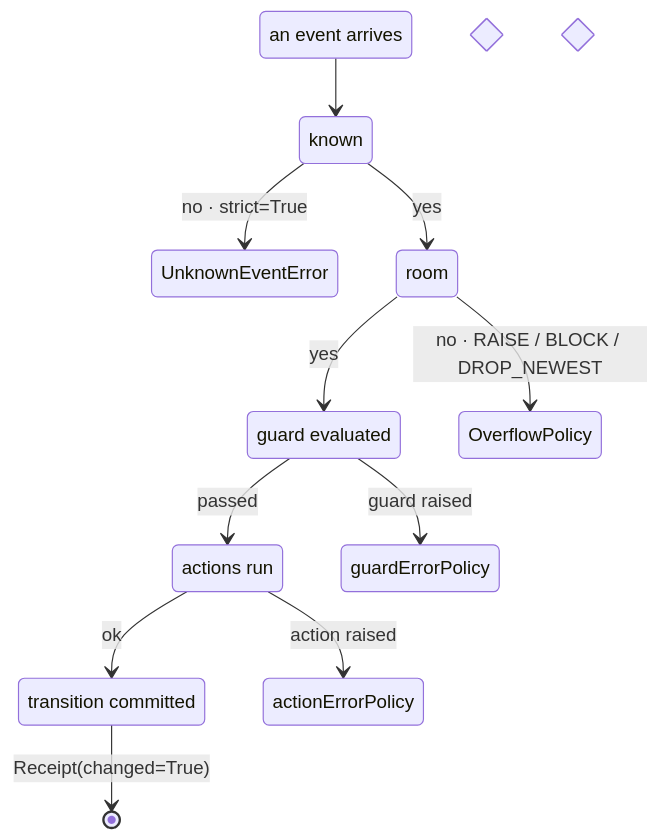
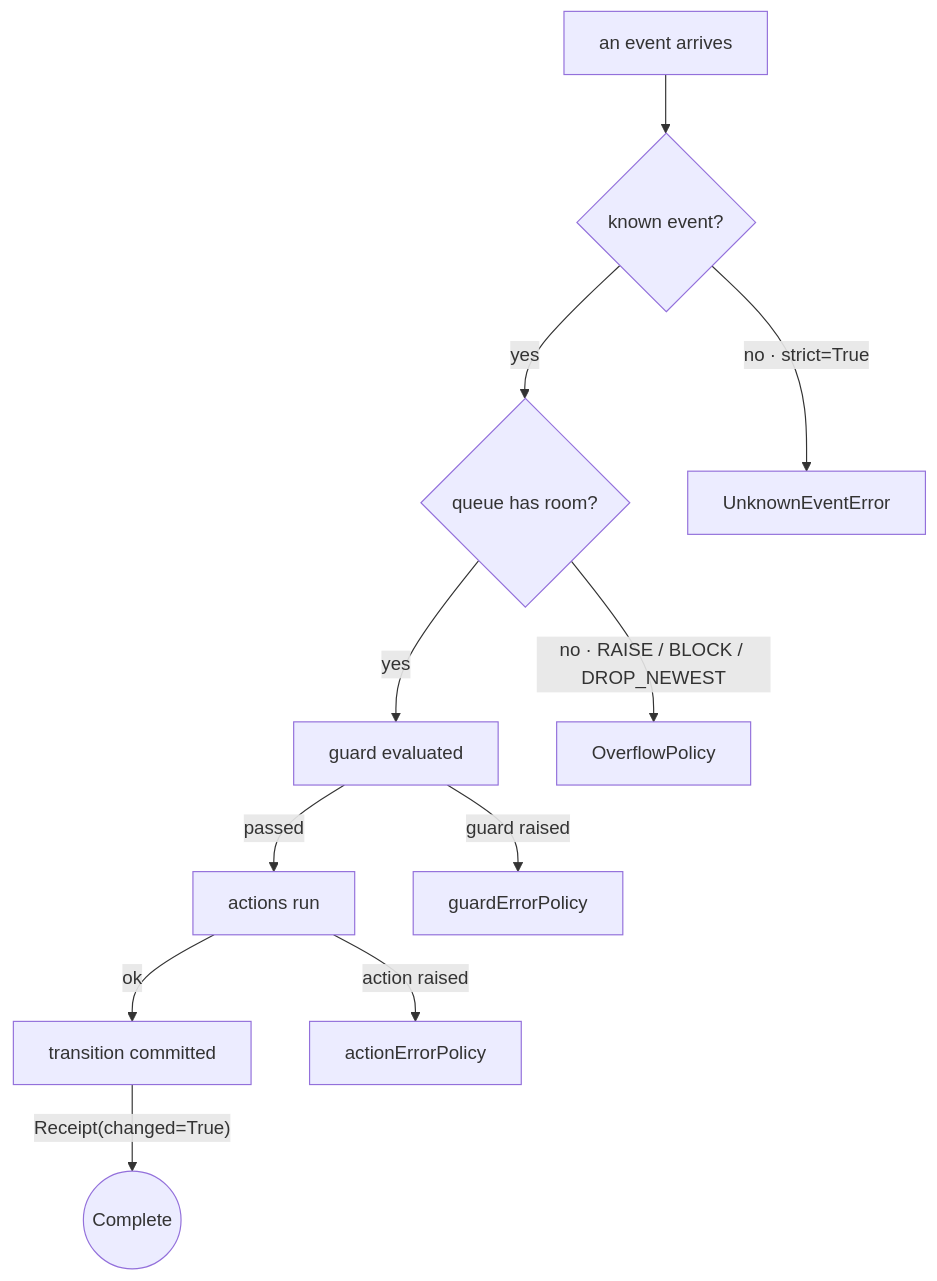
Before and after one commit to basiltt/xstate-statemachine: the diagram in docs/_guide/reliability.md, drawn with Mermaid. The commit also changed 4 other files, not shown here.

Commit message:
docs: fix labeled decision diagrams before release

````diff
--- a/docs/_guide/reliability.md
+++ b/docs/_guide/reliability.md
@@ -8,24 +8,24 @@
 ```mermaid
-stateDiagram-v2
-    direction TB
-    state "an event arrives" as ev
-    state "known event?" as known <<choice>>
-    state "queue has room?" as room <<choice>>
-    state "guard evaluated" as guard
-    state "actions run" as act
-    state "transition committed" as done
-    state "UnknownEventError" as unk
-    state "OverflowPolicy" as ovf
-    state "guardErrorPolicy" as gep
-    state "actionErrorPolicy" as aep
+flowchart TB
+    ev["an event arrives"]
+    known{"known event?"}
+    room{"queue has room?"}
+    guard["guard evaluated"]
+    act["actions run"]
+    done["transition committed"]
+    unk["UnknownEventError"]
+    ovf["OverflowPolicy"]
+    gep["guardErrorPolicy"]
+    aep["actionErrorPolicy"]
+    finish((Complete))
     ev --> known
-    known --> unk : no · strict=True
-    known --> room : yes
-    room --> ovf : no · RAISE / BLOCK / DROP_NEWEST
-    room --> guard : yes
-    guard --> gep : guard raised
-    guard --> act : passed
-    act --> aep : action raised
-    act --> done : ok
-    done --> [*] : Receipt(changed=True)
+    known -->|"no · strict=True"| unk
+    known -->|"yes"| room
+    room -->|"no · RAISE / BLOCK / DROP_NEWEST"| ovf
+    room -->|"yes"| guard
+    guard -->|"guard raised"| gep
+    guard -->|"passed"| act
+    act -->|"action raised"| aep
+    act -->|"ok"| done
+    done -->|"Receipt(changed=True)"| finish
 ```
````
